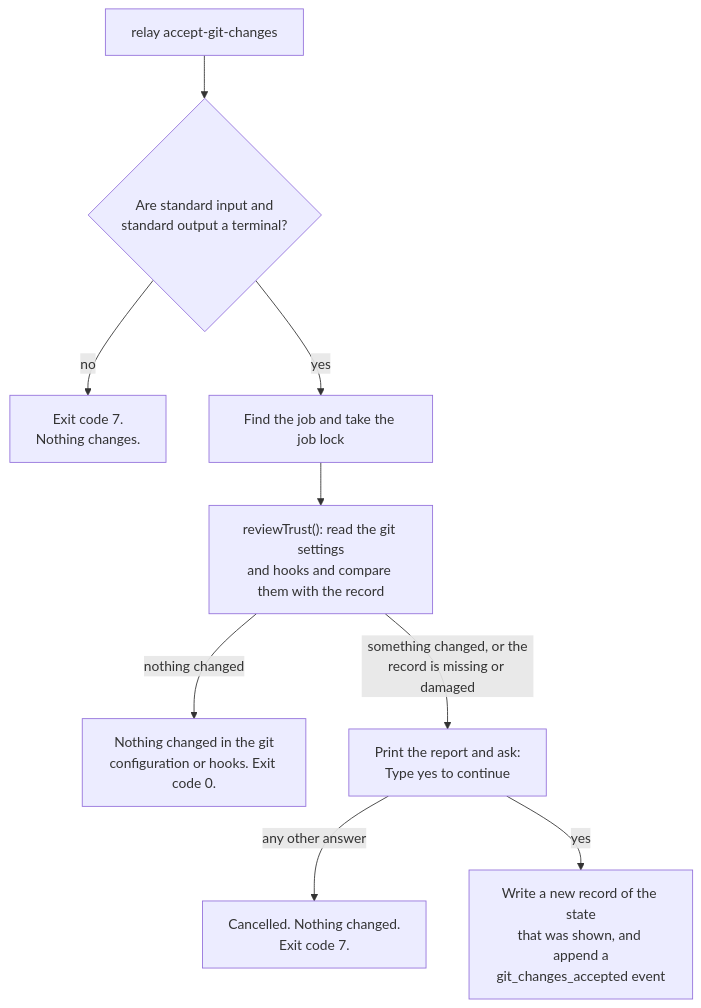
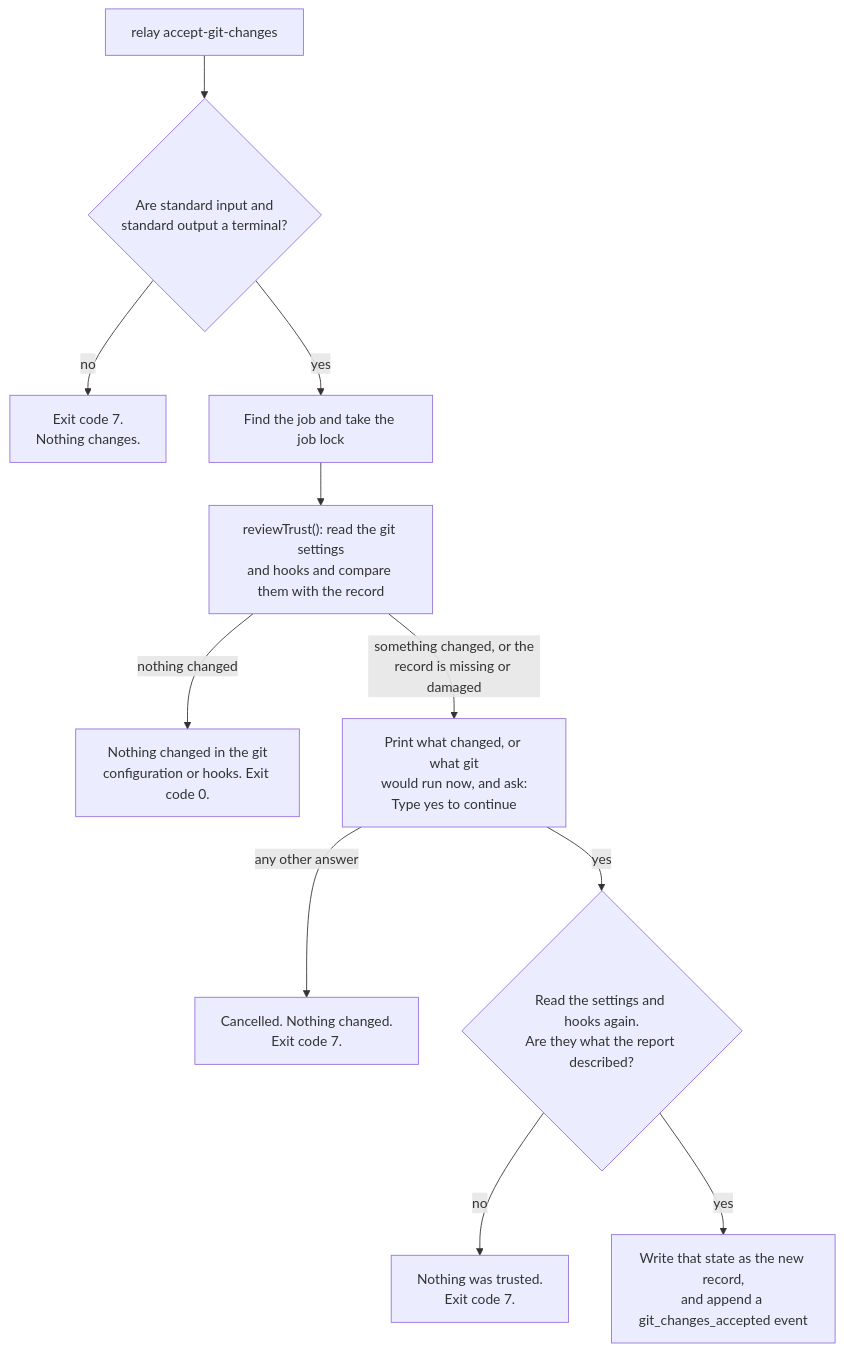
The third of 3 diagrams in docs/git-safety.md (FrejusGdm/relay), drawn with Mermaid before and after one commit. The commit also changed other lines of this file and 11 other files, not shown here.

First line of the commit message:
fix: harden relay accept-git-changes against review findings (add-checkpoint-engine 8-9)

````diff
--- a/docs/git-safety.md
+++ b/docs/git-safety.md
@@ -290,11 +293,13 @@
 ```mermaid
 flowchart TD
   start["relay accept-git-changes"] --> tty{"Are standard input and<br/>standard output a terminal?"}
   tty -- no --> stop7["Exit code 7.<br/>Nothing changes."]
   tty -- yes --> lock["Find the job and take the job lock"]
   lock --> review["reviewTrust(): read the git settings<br/>and hooks and compare them with the record"]
   review -- "nothing changed" --> none["Nothing changed in the git<br/>configuration or hooks. Exit code 0."]
-  review -- "something changed, or the<br/>record is missing or damaged" --> ask["Print the report and ask:<br/>Type yes to continue"]
+  review -- "something changed, or the<br/>record is missing or damaged" --> ask["Print what changed, or what git<br/>would run now, and ask:<br/>Type yes to continue"]
   ask -- "any other answer" --> cancel["Cancelled. Nothing changed.<br/>Exit code 7."]
-  ask -- yes --> write["Write a new record of the state<br/>that was shown, and append a<br/>git_changes_accepted event"]
+  ask -- yes --> again{"Read the settings and hooks again.<br/>Are they what the report described?"}
+  again -- no --> waited["Nothing was trusted.<br/>Exit code 7."]
+  again -- yes --> write["Write that state as the new record,<br/>and append a git_changes_accepted event"]
 ```
````
